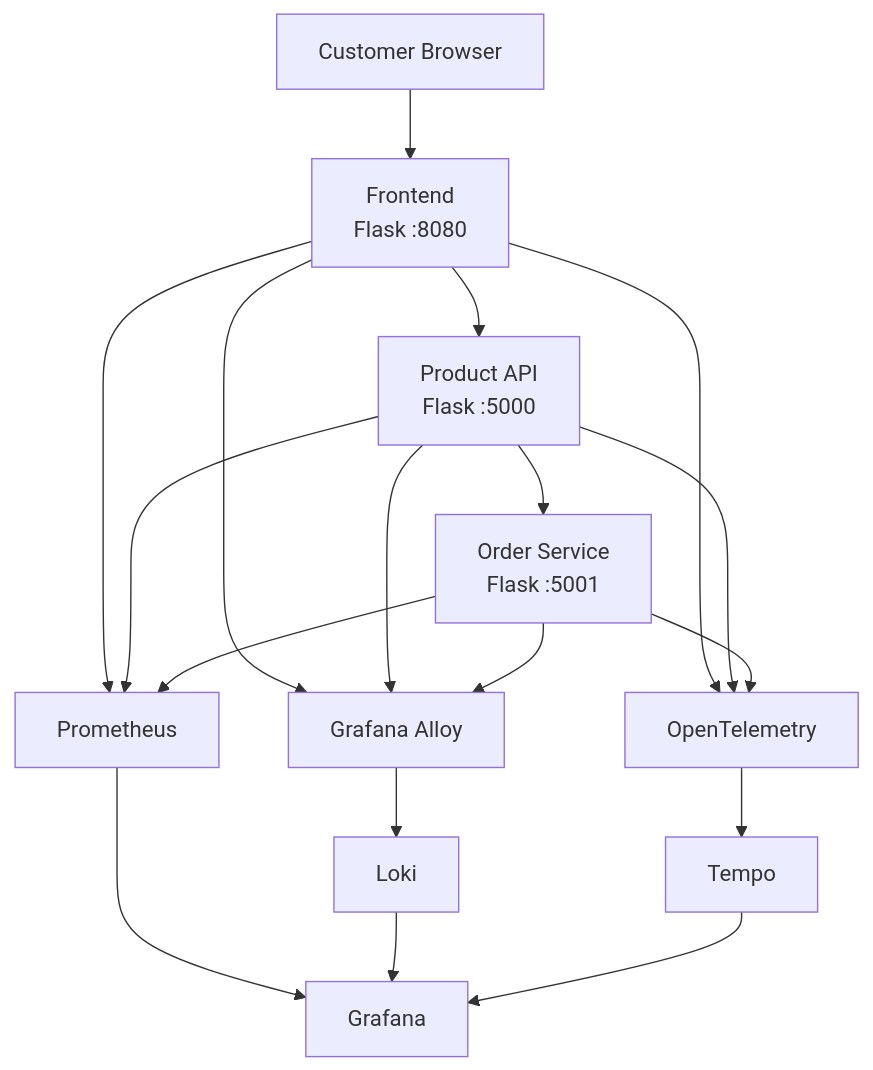
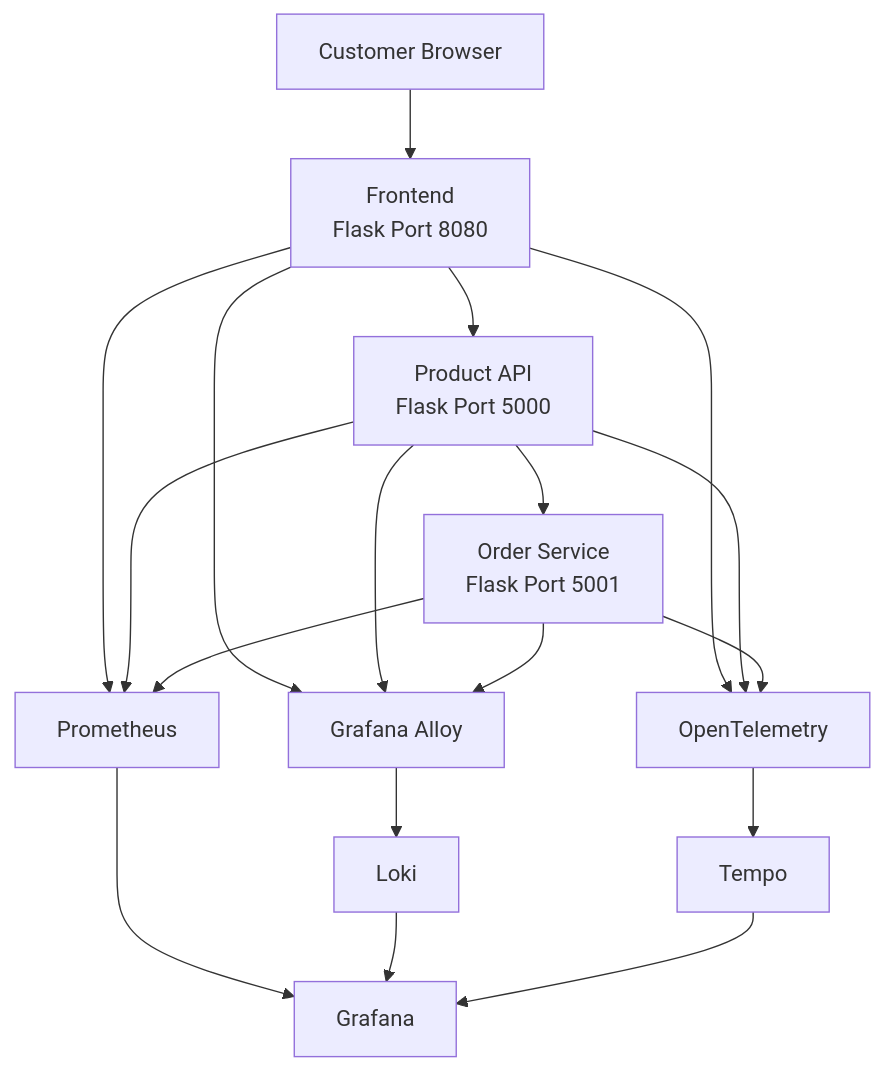
The diagram in README.md (muneebshafiq23/observability-project), drawn with Mermaid before and after one commit.

Commit message:
Refine labels in README.md Mermaid diagram
Updated Mermaid diagram labels for clarity.

````diff
--- a/README.md
+++ b/README.md
@@ -103,40 +103,40 @@
 ```mermaid
 flowchart TD
 
-    User[Customer Browser]
+    User["Customer Browser"]
 
-    Frontend[Frontend<br/>Flask :8080]
-    ProductAPI[Product API<br/>Flask :5000]
-    OrderService[Order Service<br/>Flask :5001]
+    Frontend["Frontend<br/>Flask Port 8080"]
+    ProductAPI["Product API<br/>Flask Port 5000"]
+    OrderService["Order Service<br/>Flask Port 5001"]
 
-    Prometheus[Prometheus]
-    Loki[Loki]
-    Tempo[Tempo]
-    Alloy[Grafana Alloy]
-    Grafana[Grafana]
-    OTel[OpenTelemetry]
+    Prometheus["Prometheus"]
+    Loki["Loki"]
+    Tempo["Tempo"]
+    Alloy["Grafana Alloy"]
+    Grafana["Grafana"]
+    OTel["OpenTelemetry"]
 
     User --> Frontend
     Frontend --> ProductAPI
     ProductAPI --> OrderService
 
     Frontend --> Prometheus
     ProductAPI --> Prometheus
     OrderService --> Prometheus
 
     Frontend --> OTel
     ProductAPI --> OTel
     OrderService --> OTel
 
     OTel --> Tempo
 
     Frontend --> Alloy
     ProductAPI --> Alloy
     OrderService --> Alloy
 
     Alloy --> Loki
 
     Prometheus --> Grafana
     Loki --> Grafana
     Tempo --> Grafana
 ```
````
